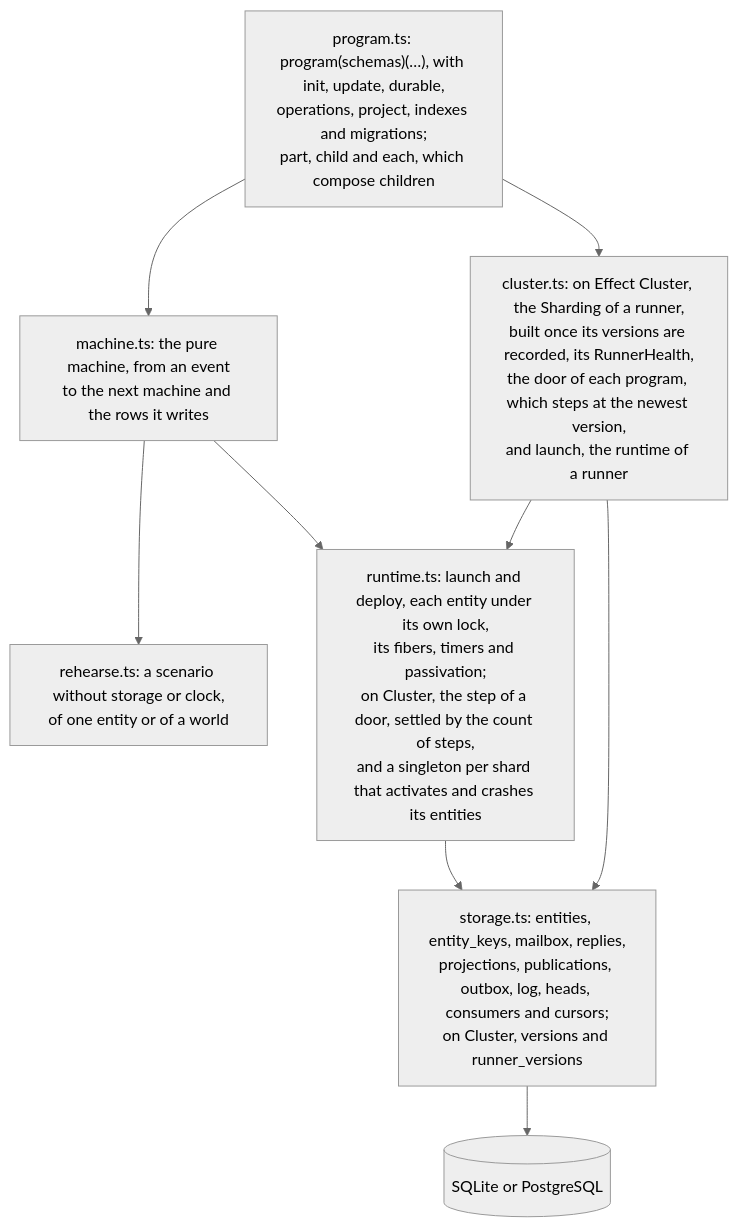
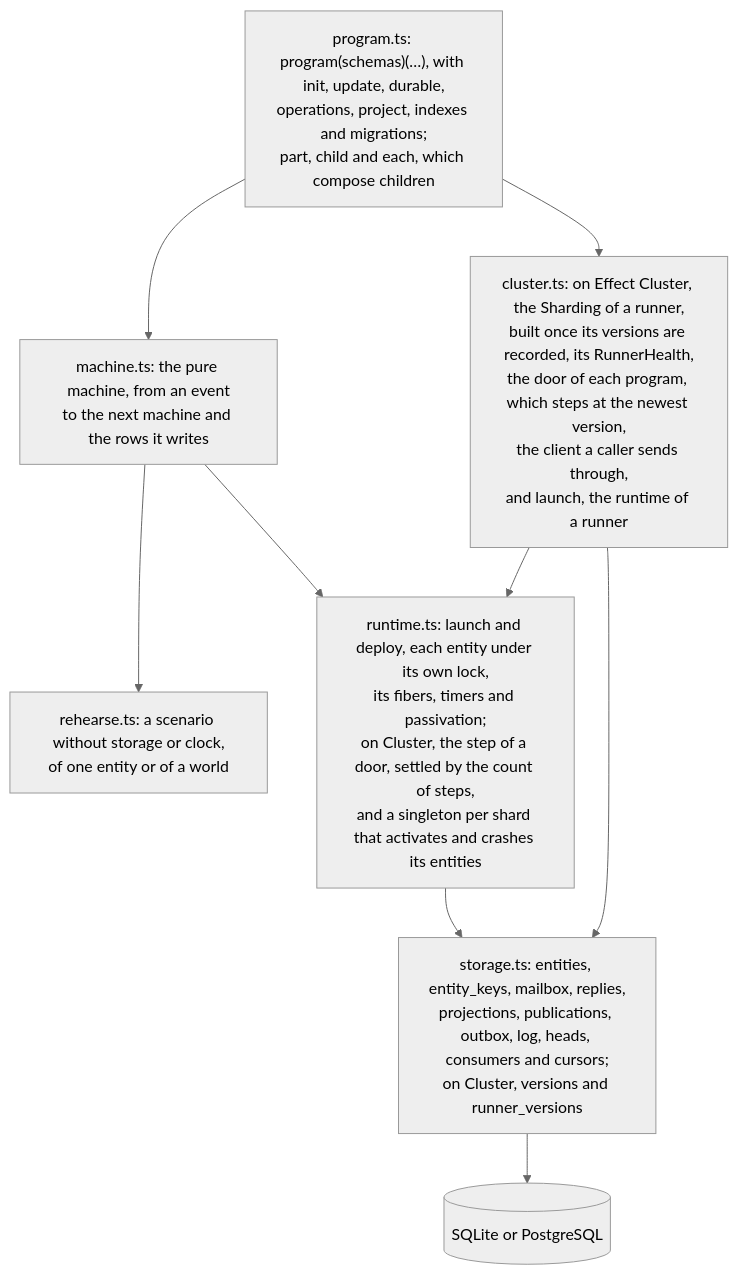
One commit to fgaudo/effect-tea-durable changed the second of 2 diagrams in README.md. Above: the diagram before and after it, drawn with Mermaid (neutral theme). The commit also changed 12 other files, not shown here.

Commit message:
cluster: send a caller's create and send through the door's client

````diff
--- a/README.md
+++ b/README.md
@@ -88,19 +88,19 @@
 ```mermaid
 flowchart TB
   program["program.ts: program(schemas)(…), with init, update, durable,<br/>operations, project, indexes and migrations;<br/>part, child and each, which compose children"]
   machine["machine.ts: the pure machine, from an event<br/>to the next machine and the rows it writes"]
   rehearse["rehearse.ts: a scenario without storage or clock,<br/>of one entity or of a world"]
   runtime["runtime.ts: launch and deploy, each entity under its own lock,<br/>its fibers, timers and passivation;<br/>on Cluster, the step of a door, settled by the count of steps,<br/>and a singleton per shard that activates and crashes its entities"]
-  cluster["cluster.ts: on Effect Cluster, the Sharding of a runner,<br/>built once its versions are recorded, its RunnerHealth,<br/>the door of each program, which steps at the newest version,<br/>and launch, the runtime of a runner"]
+  cluster["cluster.ts: on Effect Cluster, the Sharding of a runner,<br/>built once its versions are recorded, its RunnerHealth,<br/>the door of each program, which steps at the newest version,<br/>the client a caller sends through,<br/>and launch, the runtime of a runner"]
   storage["storage.ts: entities, entity_keys, mailbox, replies,<br/>projections, publications, outbox, log, heads, consumers and cursors;<br/>on Cluster, versions and runner_versions"]
   db[(SQLite or PostgreSQL)]
 
   program --> machine
   machine --> rehearse
   machine --> runtime
   program --> cluster
   runtime --> storage
   cluster --> runtime
   cluster --> storage
   storage --> db
 ```
````
